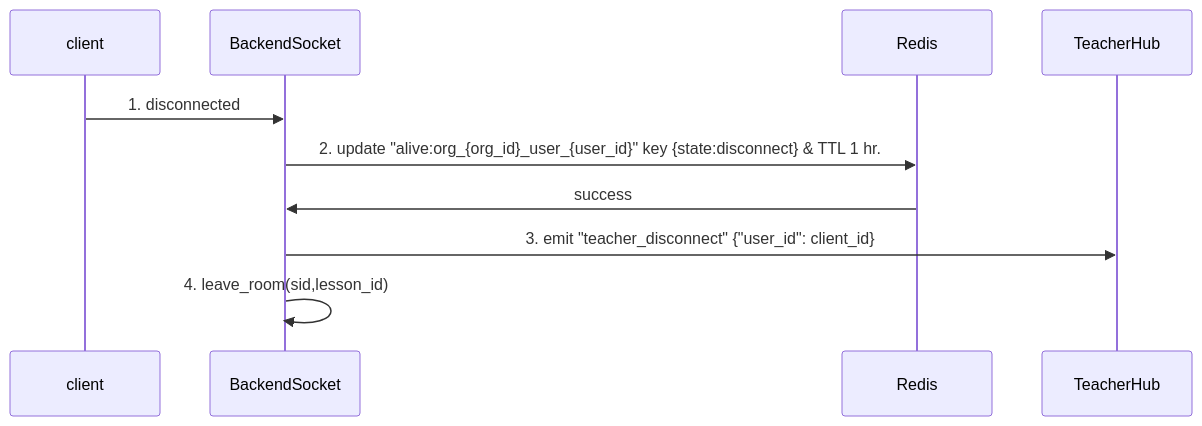
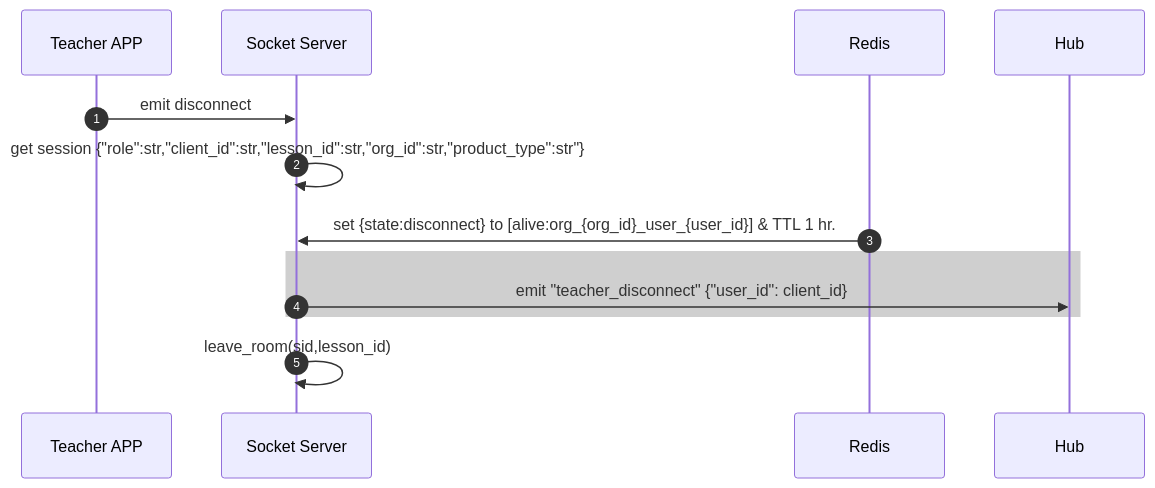
The first of 3 diagrams in socket_event_all/on_disconnect event.md (claire0613/ocelot_docs), drawn with Mermaid before and after one commit. The commit also changed other lines of this file and 9 other files, not shown here.

````diff
--- a/socket_event_all/on_disconnect event.md
+++ b/socket_event_all/on_disconnect event.md
@@ -43,18 +43,19 @@
-        ```mermaid
-        sequenceDiagram
-
-            participant A as client
-            participant B as BackendSocket
-            participant R as Redis
-            participant H as TeacherHub
+    ```mermaid
+    sequenceDiagram
+      autonumber
+        participant A as Teacher APP
+        participant B as Socket Server
+        participant R as Redis
+        participant H as Hub
 
 
-            A->>B: 1. disconnected
-
-            B->>R: 2. update "alive:org_{org_id}_user_{user_id}" key {state:disconnect} & TTL 1 hr.
-            R->>B: success
-            B->>H: 3. emit "teacher_disconnect"  {"user_id": client_id}
-            B->>B: 4. leave_room(sid,lesson_id)
+        A->>B: emit disconnect
+        B->>B: get session {"role":str,"client_id":str,"lesson_id":str,"org_id":str,"product_type":str"}
+        R->>B: set {state:disconnect} to [alive:org_{org_id}_user_{user_id}] & TTL 1 hr.
+        rect rgba(160, 160, 160, 0.5)
+        B->>H: emit "teacher_disconnect"  {"user_id": client_id}
+        end
+        B->>B: leave_room(sid,lesson_id)
 
 
-        ```
+    ```
````
